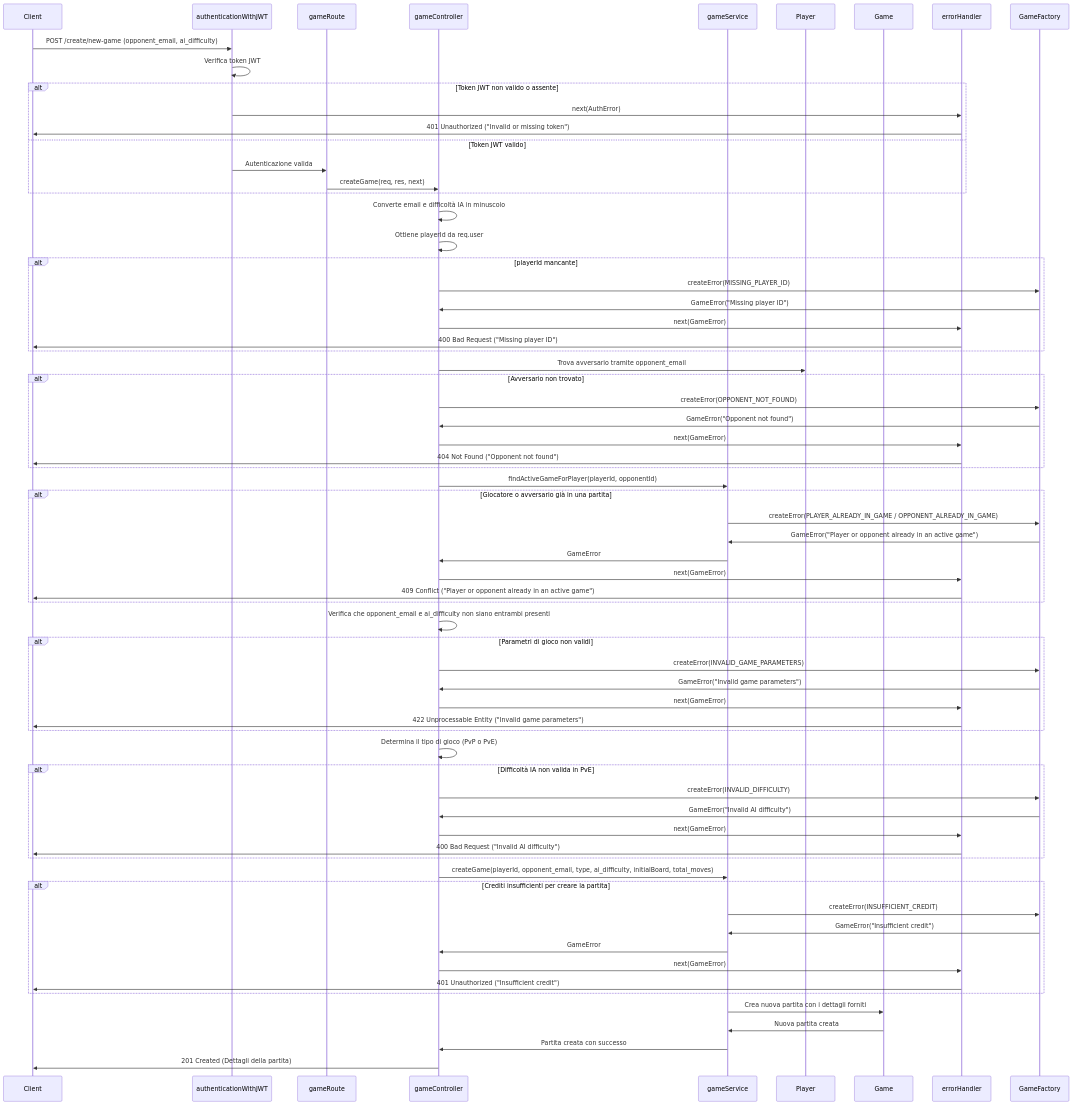
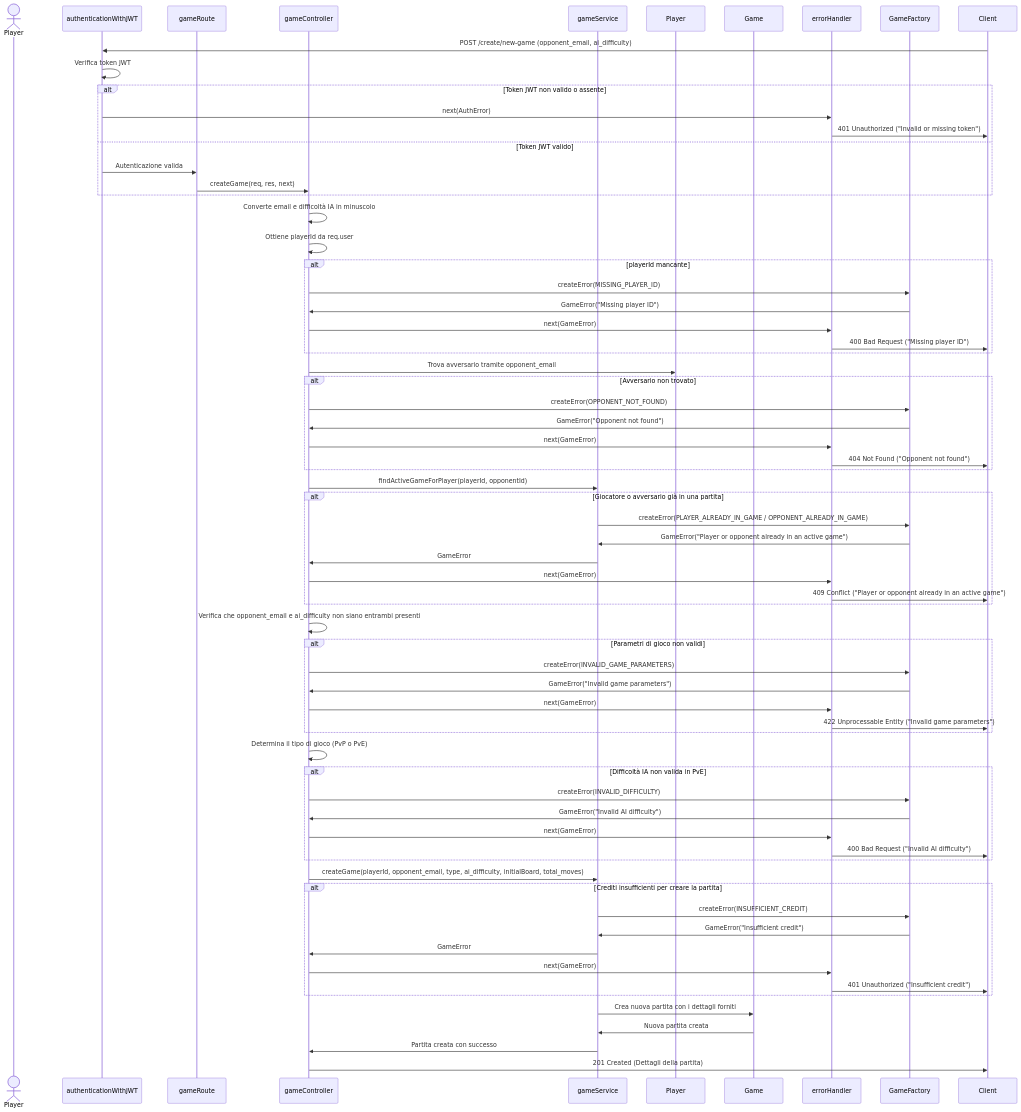
Before and after one commit to AndreaMarini01/progetto_PA: the third of 12 diagrams in README.md, drawn with Mermaid. The commit also changed other lines of this file, not shown here.

Commit message:
Revisione README fino a diagramma ER

````diff
--- a/README.md
+++ b/README.md
@@ -213,79 +213,79 @@
 ```mermaid
 sequenceDiagram
-participant Client
+actor Player as Player
 participant AuthMiddleware as authenticationWithJWT
 participant Router as gameRoute
 participant Controller as gameController
 participant Service as gameService
 participant PlayerModel as Player
 participant GameModel as Game
 participant ErrorHandler as errorHandler
 participant Factory as GameFactory
 
     Client->>AuthMiddleware: POST /create/new-game (opponent_email, ai_difficulty)
     AuthMiddleware->>AuthMiddleware: Verifica token JWT
     alt Token JWT non valido o assente
         AuthMiddleware->>ErrorHandler: next(AuthError)
         ErrorHandler->>Client: 401 Unauthorized ("Invalid or missing token")
     else Token JWT valido
         AuthMiddleware->>Router: Autenticazione valida
         Router->>Controller: createGame(req, res, next)
     end    
 
     Controller->>Controller: Converte email e difficoltà IA in minuscolo
     Controller->>Controller: Ottiene playerId da req.user
     alt playerId mancante
         Controller->>Factory: createError(MISSING_PLAYER_ID)
         Factory->>Controller: GameError("Missing player ID")
         Controller->>ErrorHandler: next(GameError)
         ErrorHandler->>Client: 400 Bad Request ("Missing player ID")
     end
 
     Controller->>PlayerModel: Trova avversario tramite opponent_email
     alt Avversario non trovato
         Controller->>Factory: createError(OPPONENT_NOT_FOUND)
         Factory->>Controller: GameError("Opponent not found")
         Controller->>ErrorHandler: next(GameError)
         ErrorHandler->>Client: 404 Not Found ("Opponent not found")
     end
 
     Controller->>Service: findActiveGameForPlayer(playerId, opponentId)
     alt Giocatore o avversario già in una partita
         Service->>Factory: createError(PLAYER_ALREADY_IN_GAME / OPPONENT_ALREADY_IN_GAME)
         Factory->>Service: GameError("Player or opponent already in an active game")
         Service->>Controller: GameError
         Controller->>ErrorHandler: next(GameError)
         ErrorHandler->>Client: 409 Conflict ("Player or opponent already in an active game")
     end
 
     Controller->>Controller: Verifica che opponent_email e ai_difficulty non siano entrambi presenti
     alt Parametri di gioco non validi
         Controller->>Factory: createError(INVALID_GAME_PARAMETERS)
         Factory->>Controller: GameError("Invalid game parameters")
         Controller->>ErrorHandler: next(GameError)
         ErrorHandler->>Client: 422 Unprocessable Entity ("Invalid game parameters")
     end
 
     Controller->>Controller: Determina il tipo di gioco (PvP o PvE)
     alt Difficoltà IA non valida in PvE
         Controller->>Factory: createError(INVALID_DIFFICULTY)
         Factory->>Controller: GameError("Invalid AI difficulty")
         Controller->>ErrorHandler: next(GameError)
         ErrorHandler->>Client: 400 Bad Request ("Invalid AI difficulty")
     end
 
     Controller->>Service: createGame(playerId, opponent_email, type, ai_difficulty, initialBoard, total_moves)
     alt Crediti insufficienti per creare la partita
         Service->>Factory: createError(INSUFFICIENT_CREDIT)
         Factory->>Service: GameError("Insufficient credit")
         Service->>Controller: GameError
         Controller->>ErrorHandler: next(GameError)
         ErrorHandler->>Client: 401 Unauthorized ("Insufficient credit")
     end
 
     Service->>GameModel: Crea nuova partita con i dettagli forniti
     GameModel->>Service: Nuova partita creata
     Service->>Controller: Partita creata con successo
     Controller->>Client: 201 Created (Dettagli della partita)
 
 ```
````
